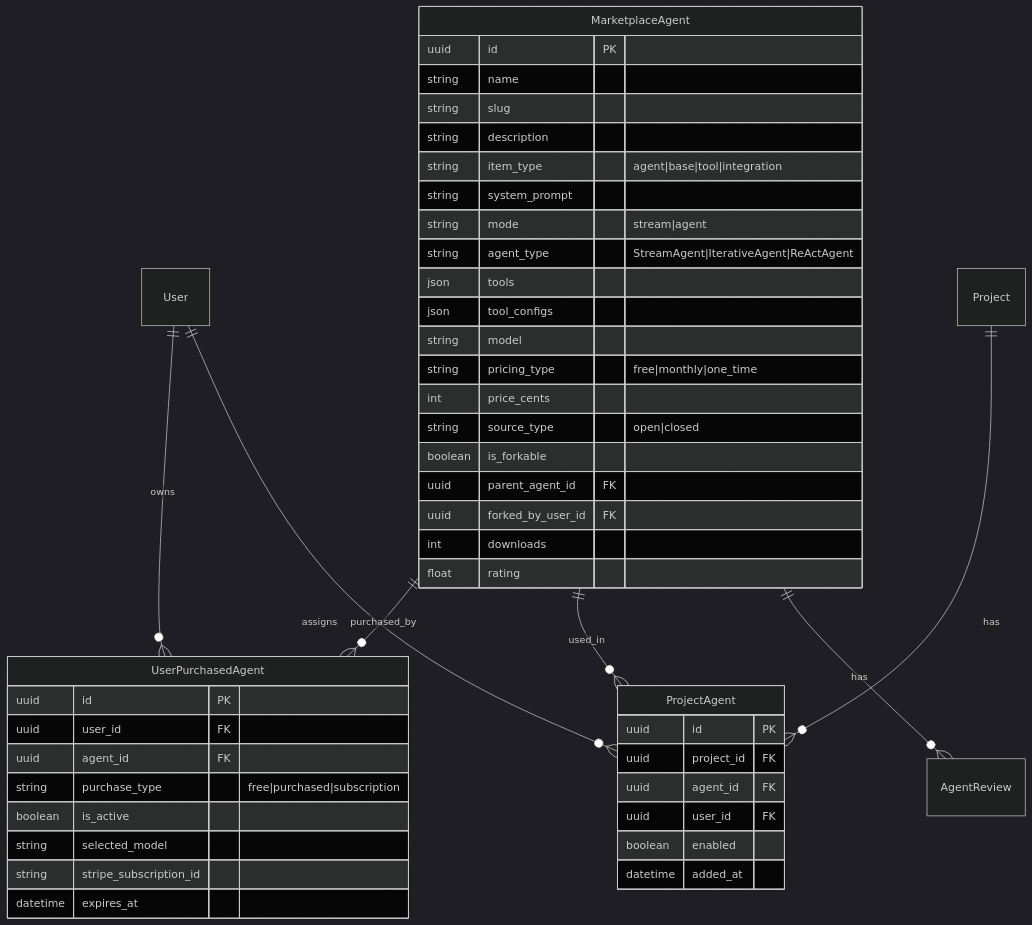
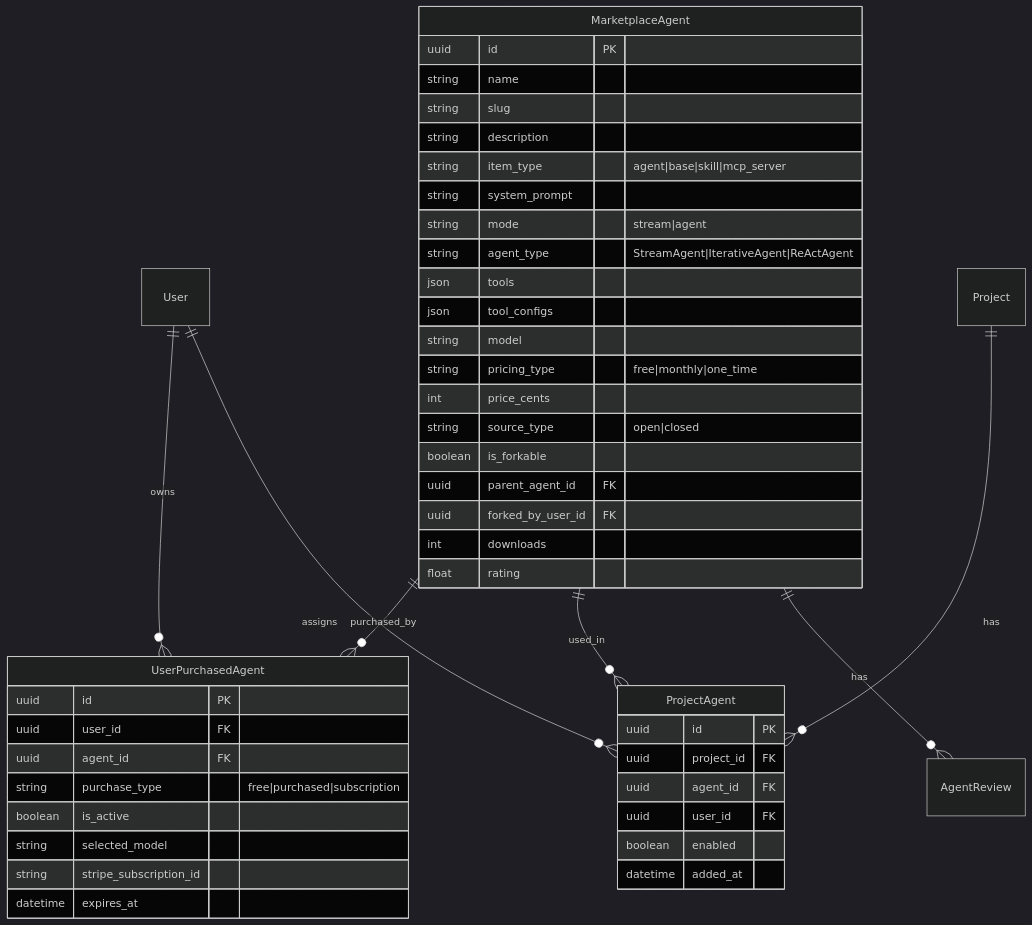
The eighth of 44 diagrams in docs/guides/agent-system-architecture.md (TesslateAI/Studio), drawn with Mermaid (dark theme) before and after one commit. The commit also changed other lines of this file and 108 other files, not shown here.

````diff
--- a/docs/guides/agent-system-architecture.md
+++ b/docs/guides/agent-system-architecture.md
@@ -260,51 +262,51 @@
 ```mermaid
 erDiagram
     MarketplaceAgent ||--o{ UserPurchasedAgent : purchased_by
     MarketplaceAgent ||--o{ ProjectAgent : used_in
     MarketplaceAgent ||--o{ AgentReview : has
     User ||--o{ UserPurchasedAgent : owns
     User ||--o{ ProjectAgent : assigns
     Project ||--o{ ProjectAgent : has
 
     MarketplaceAgent {
         uuid id PK
         string name
         string slug
         string description
-        string item_type "agent|base|tool|integration"
+        string item_type "agent|base|skill|mcp_server"
         string system_prompt
         string mode "stream|agent"
         string agent_type "StreamAgent|IterativeAgent|ReActAgent"
         json tools
         json tool_configs
         string model
         string pricing_type "free|monthly|one_time"
         int price_cents
         string source_type "open|closed"
         boolean is_forkable
         uuid parent_agent_id FK
         uuid forked_by_user_id FK
         int downloads
         float rating
     }
 
     UserPurchasedAgent {
         uuid id PK
         uuid user_id FK
         uuid agent_id FK
         string purchase_type "free|purchased|subscription"
         boolean is_active
         string selected_model
         string stripe_subscription_id
         datetime expires_at
     }
 
     ProjectAgent {
         uuid id PK
         uuid project_id FK
         uuid agent_id FK
         uuid user_id FK
         boolean enabled
         datetime added_at
     }
 ```
````
